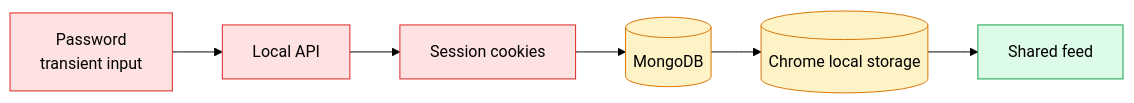
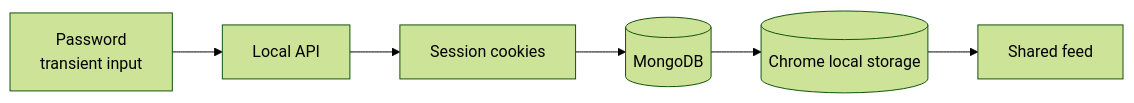
Before and after one commit to SidheshwarSarangal/X_feed_extension: the seventh of 8 diagrams in README.md, drawn with Mermaid (forest theme). The commit also changed other lines of this file and 4 other files, not shown here.

````diff
--- a/README.md
+++ b/README.md
@@ -162,12 +150,8 @@
 ```mermaid
 flowchart LR
-    Password[Password<br/>transient input]:::critical --> API[Local API]:::critical
-    API --> Cookies[Session cookies]:::critical
-    Cookies --> Mongo[(MongoDB)]:::store
-    Mongo --> Chrome[(Chrome local storage)]:::store
-    Chrome --> Timeline[Shared feed]:::output
-
-    classDef critical fill:#fee2e2,stroke:#dc2626
-    classDef store fill:#fef3c7,stroke:#d97706
-    classDef output fill:#dcfce7,stroke:#16a34a
+    Password[Password<br/>transient input] --> API[Local API]
+    API --> Cookies[Session cookies]
+    Cookies --> Mongo[(MongoDB)]
+    Mongo --> Chrome[(Chrome local storage)]
+    Chrome --> Timeline[Shared feed]
 ```
````
